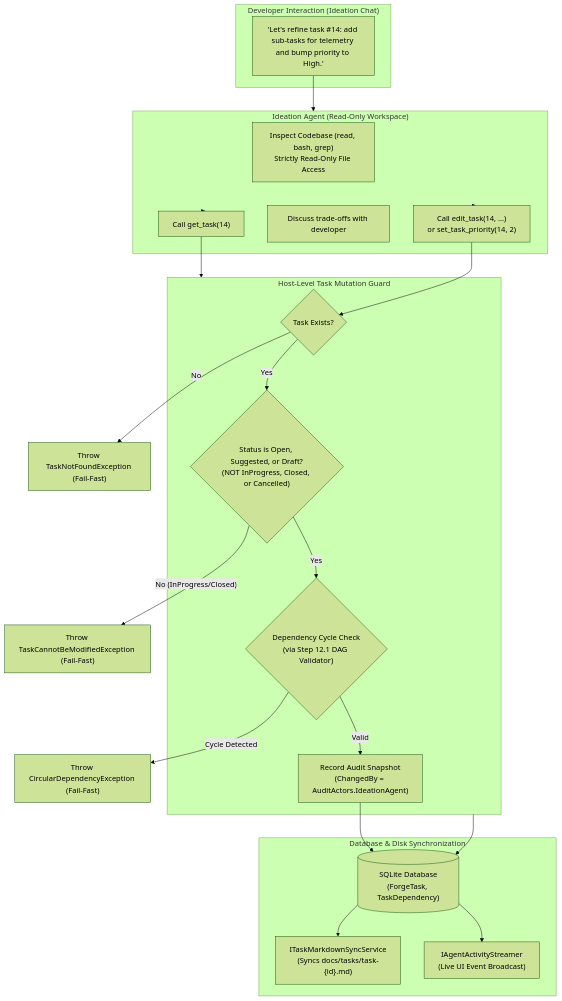
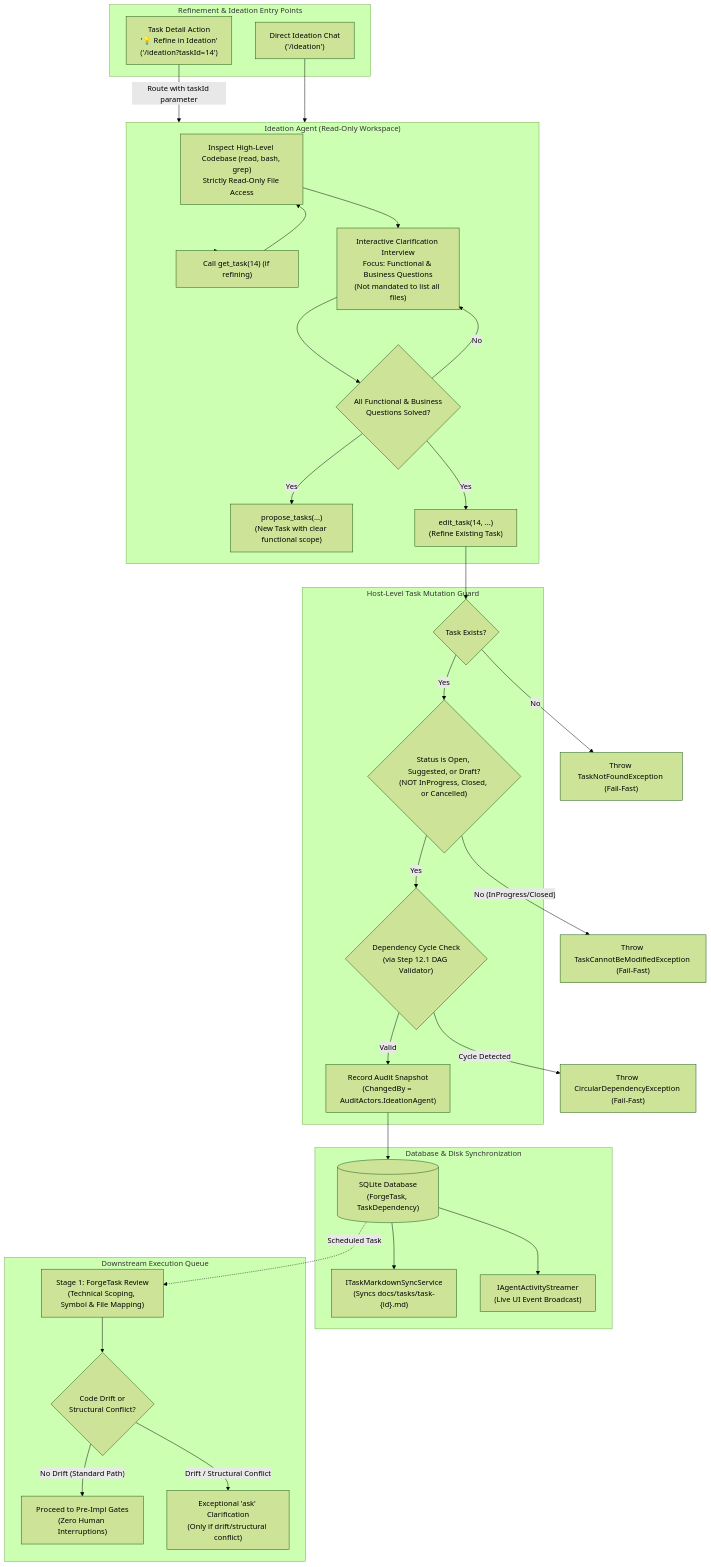
Before and after one commit to jetelain/NightCodeForge: the diagram in docs/plan/phase-12/STEP_12_13_IDEATION_BACKLOG_MANAGEMENT_AND_TASK_MUTATION_TOOLS.md, drawn with Mermaid (forest theme). The commit also changed other lines of this file and 2 other files, not shown here.

````diff
--- a/docs/plan/phase-12/STEP_12_13_IDEATION_BACKLOG_MANAGEMENT_AND_TASK_MUTATION_TOOLS.md
+++ b/docs/plan/phase-12/STEP_12_13_IDEATION_BACKLOG_MANAGEMENT_AND_TASK_MUTATION_TOOLS.md
@@ -35,42 +54,61 @@
 ```mermaid
 flowchart TD
-    subgraph DeveloperChat ["Developer Interaction (Ideation Chat)"]
-        UserPrompt["'Let's refine task #14: add sub-tasks for telemetry and bump priority to High.'"]
+    subgraph IntakeChannels ["Refinement & Ideation Entry Points"]
+        FreshChat["Direct Ideation Chat<br/>('/ideation')"]
+        TaskDetailBtn["Task Detail Action<br/>'💡 Refine in Ideation'<br/>('/ideation?taskId=14')"]
     end
 
     subgraph IdeationAgent ["Ideation Agent (Read-Only Workspace)"]
-        ExploreCode["Inspect Codebase (read, bash, grep)<br/>Strictly Read-Only File Access"]
-        InspectTask["Call get_task(14)"]
-        ProposeChanges["Discuss trade-offs with developer"]
-        MutateTask["Call edit_task(14, ...)<br/>or set_task_priority(14, 2)"]
+        ExploreCode["Inspect High-Level Codebase (read, bash, grep)<br/>Strictly Read-Only File Access"]
+        InspectTask["Call get_task(14) (if refining)"]
+        InterviewUser["Interactive Clarification Interview<br/>Focus: Functional & Business Questions<br/>(Not mandated to list all files)"]
+        ResolveQuestions{"All Functional & Business<br/>Questions Solved?"}
+        ProposeTask["propose_tasks(...)<br/>(New Task with clear functional scope)"]
+        MutateTask["edit_task(14, ...)<br/>(Refine Existing Task)"]
     end
 
     subgraph MutationGuard ["Host-Level Task Mutation Guard"]
         CheckExists{"Task Exists?"}
         CheckState{"Status is Open, Suggested, or Draft?<br/>(NOT InProgress, Closed, or Cancelled)"}
         CheckCycle{"Dependency Cycle Check<br/>(via Step 12.1 DAG Validator)"}
         AuditLog["Record Audit Snapshot<br/>(ChangedBy = AuditActors.IdeationAgent)"]
     end
 
     subgraph StatePersistence ["Database & Disk Synchronization"]
         TaskDB[("SQLite Database<br/>(ForgeTask, TaskDependency)")]
         DiskSync["ITaskMarkdownSyncService<br/>(Syncs docs/tasks/task-{id}.md)"]
         LiveSignalR["IAgentActivityStreamer<br/>(Live UI Event Broadcast)"]
     end
 
-    UserPrompt --> IdeationAgent
+    subgraph AutonomousPipeline ["Downstream Execution Queue"]
+        Stage1["Stage 1: ForgeTask Review<br/>(Technical Scoping, Symbol & File Mapping)"]
+        Stage1Check{"Code Drift or<br/>Structural Conflict?"}
+        Stage1Proceed["Proceed to Pre-Impl Gates<br/>(Zero Human Interruptions)"]
+        Stage1Ask["Exceptional 'ask' Clarification<br/>(Only if drift/structural conflict)"]
+    end
+
+    TaskDetailBtn -->|Route with taskId parameter| IdeationAgent
+    FreshChat --> IdeationAgent
     IdeationAgent --> InspectTask
-    InspectTask --> MutationGuard
-    MutationGuard --> TaskDB
-    IdeationAgent --> MutateTask
+    InspectTask --> ExploreCode
+    ExploreCode --> InterviewUser
+    InterviewUser --> ResolveQuestions
+    ResolveQuestions -- No --> InterviewUser
+    ResolveQuestions -- Yes --> ProposeTask
+    ResolveQuestions -- Yes --> MutateTask
     MutateTask --> CheckExists
     CheckExists -- No --> HardErr1["Throw TaskNotFoundException (Fail-Fast)"]
     CheckExists -- Yes --> CheckState
     CheckState -- No (InProgress/Closed) --> HardErr2["Throw TaskCannotBeModifiedException (Fail-Fast)"]
     CheckState -- Yes --> CheckCycle
     CheckCycle -- Cycle Detected --> HardErr3["Throw CircularDependencyException (Fail-Fast)"]
     CheckCycle -- Valid --> AuditLog
     AuditLog --> TaskDB
     TaskDB --> DiskSync
     TaskDB --> LiveSignalR
+
+    TaskDB -.->|Scheduled Task| Stage1
+    Stage1 --> Stage1Check
+    Stage1Check -- No Drift (Standard Path) --> Stage1Proceed
+    Stage1Check -- Drift / Structural Conflict --> Stage1Ask
 ```
````
